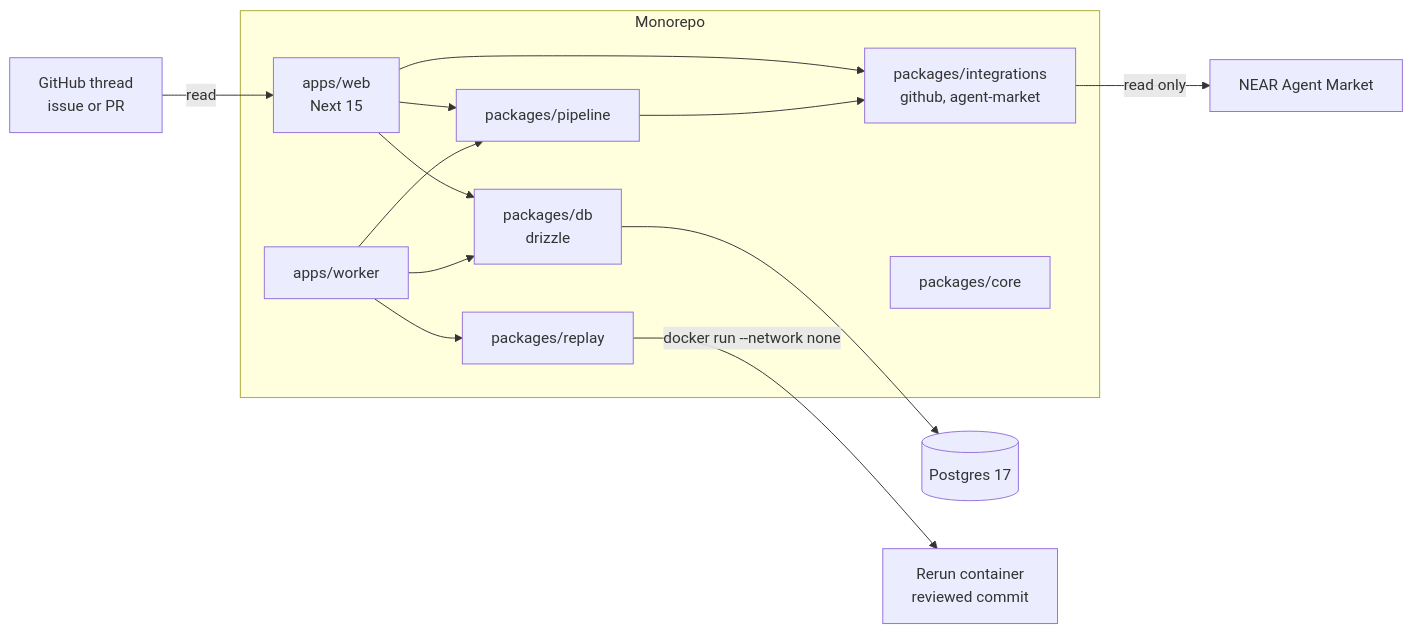
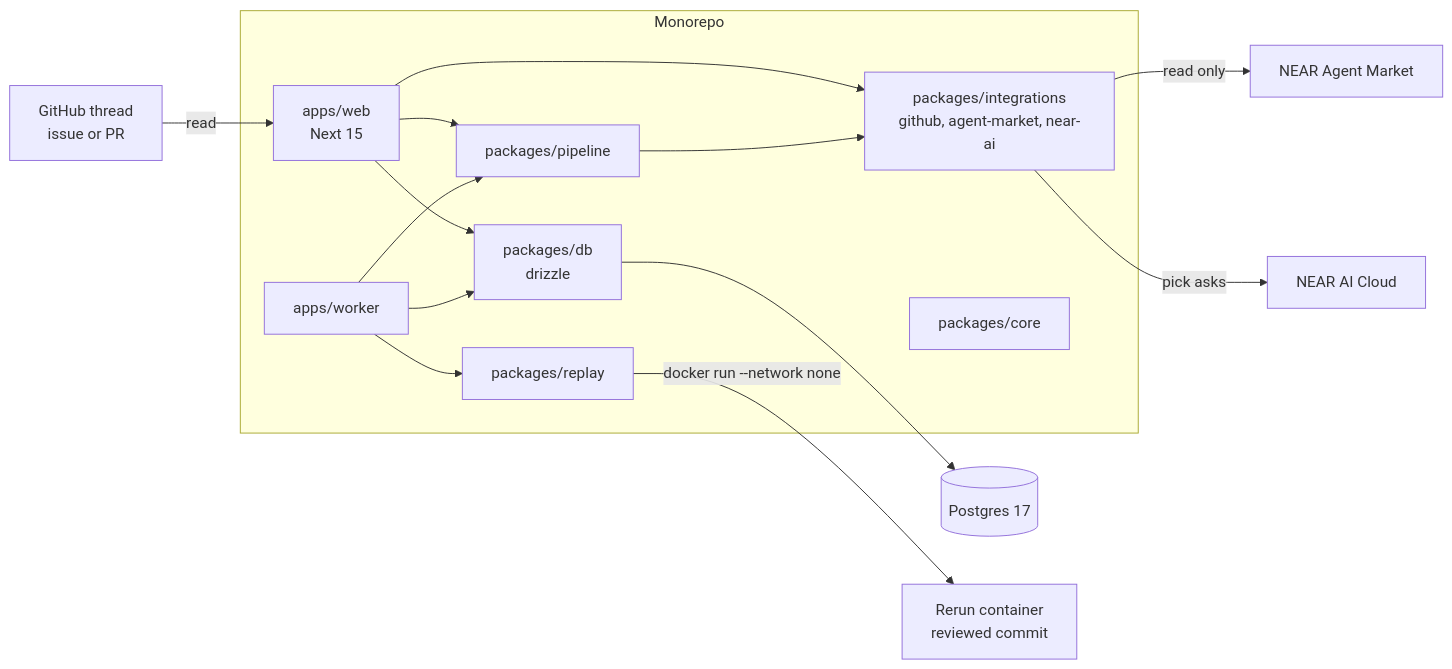
One commit to winsznx/unstuck changed the diagram in README.md. Above: the diagram before and after it, drawn with Mermaid. The commit also changed other lines of this file and 25 other files, not shown here.

Commit message:
docs: describe NEAR AI asks, fix checks and the MCP server as live

````diff
--- a/README.md
+++ b/README.md
@@ -85,23 +93,24 @@
 ```mermaid
 flowchart LR
   GH[GitHub thread<br/>issue or PR] -->|read| WEB
   subgraph Monorepo
     WEB[apps/web<br/>Next 15]
     WORKER[apps/worker]
     PIPE[packages/pipeline]
     REPLAY[packages/replay]
-    INT[packages/integrations<br/>github, agent-market]
+    INT[packages/integrations<br/>github, agent-market, near-ai]
     DB[packages/db<br/>drizzle]
     CORE[packages/core]
   end
   WEB --> PIPE
   WEB --> INT
   WEB --> DB
   WORKER --> PIPE
   WORKER --> REPLAY
   WORKER --> DB
   PIPE --> INT
   DB --> PG[(Postgres 17)]
   REPLAY -->|docker run --network none| BOX[Rerun container<br/>reviewed commit]
   INT -->|read only| AM[NEAR Agent Market]
+  INT -->|pick asks| NAI[NEAR AI Cloud]
 ```
````
